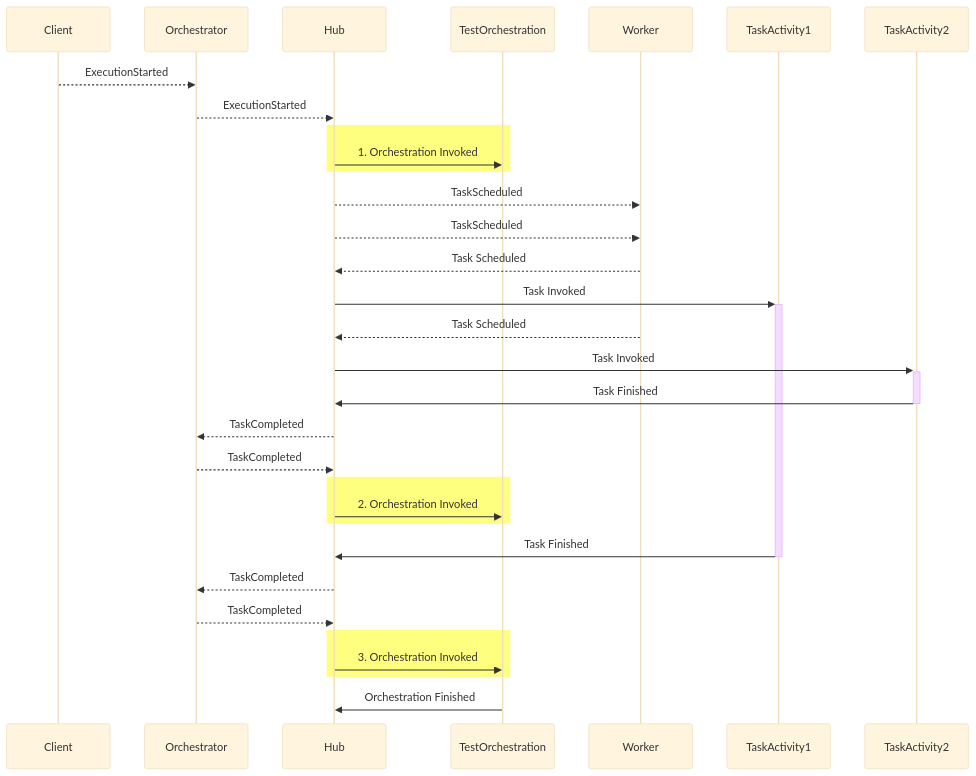
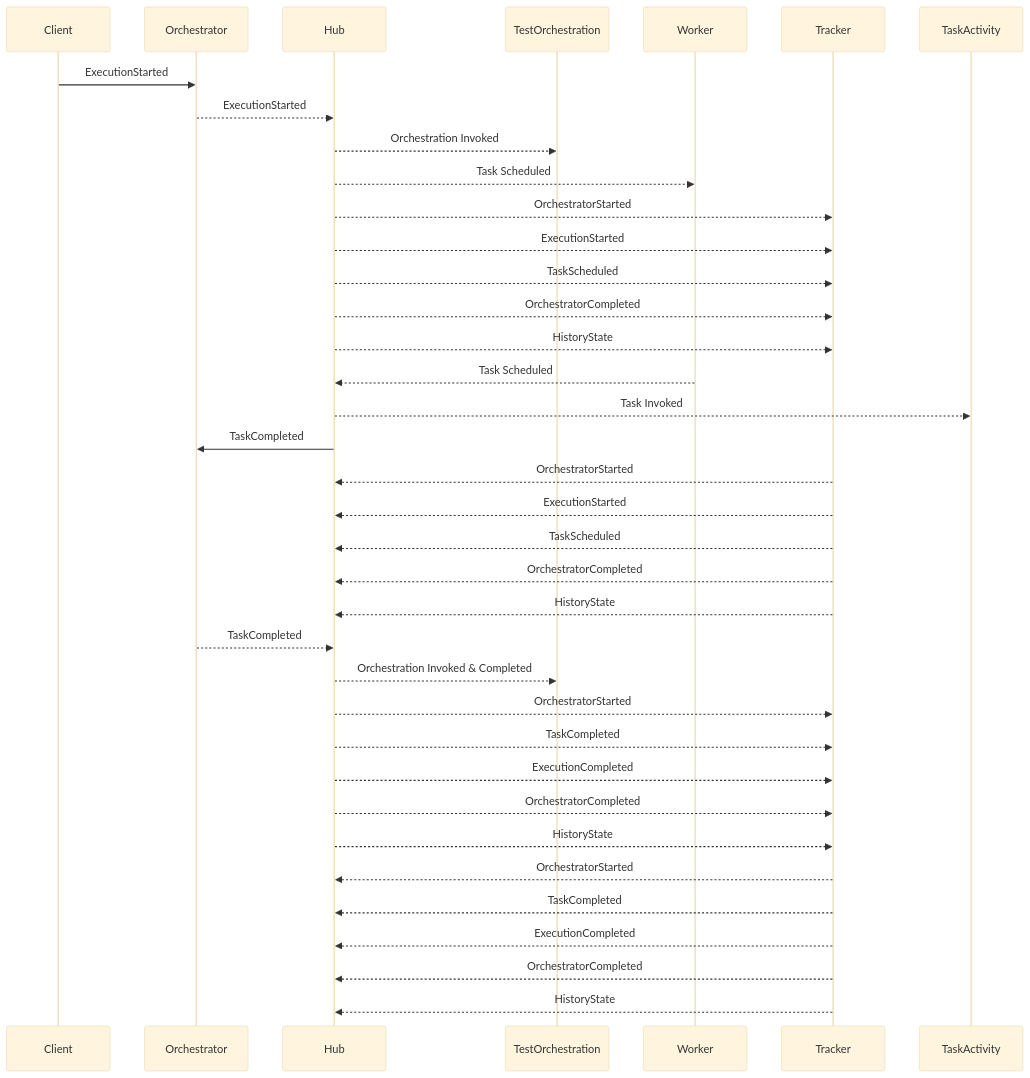
The diagram in content/blog/durable-task-3/index.md (abhikmitra/blog), drawn with Mermaid (base theme) before and after one commit. The commit also changed other lines of this file, not shown here.

````diff
--- a/content/blog/durable-task-3/index.md
+++ b/content/blog/durable-task-3/index.md
@@ -19,27 +16,65 @@
 ```mermaid
+
 sequenceDiagram
-    Client-->>Orchestrator: ExecutionStarted
-    Orchestrator-->>Hub: ExecutionStarted
-    rect rgb(255, 255, 0, 0.5)
-        Hub->>TestOrchestration: 1. Orchestration Invoked
-    end
-    Hub-->>Worker: TaskScheduled
-    Hub-->>Worker: TaskScheduled
-    Worker-->>Hub: Task Scheduled
-    Hub->>+TaskActivity1: Task Invoked 
-    Worker-->>Hub: Task Scheduled
-    Hub->>+TaskActivity2: Task Invoked
-    TaskActivity2->>-Hub: Task Finished
-    Hub-->>Orchestrator: TaskCompleted
-    Orchestrator-->>Hub: TaskCompleted
-    rect rgb(255, 255, 0, 0.5)
-        Hub->>TestOrchestration: 2. Orchestration Invoked
-    end
-    TaskActivity1->>-Hub: Task Finished
-    Hub-->>Orchestrator: TaskCompleted
-    Orchestrator-->>Hub: TaskCompleted
-    rect rgb(255, 255, 0, 0.5)
-        Hub->>TestOrchestration: 3. Orchestration Invoked
-    end
-    TestOrchestration->>Hub: Orchestration Finished
+
+Client->>Orchestrator: ExecutionStarted
+
+Orchestrator-->>Hub: ExecutionStarted
+
+Hub-->>TestOrchestration: Orchestration Invoked
+
+Hub-->>Worker: Task Scheduled
+
+Hub-->>Tracker: OrchestratorStarted
+
+Hub-->>Tracker: ExecutionStarted
+
+Hub-->>Tracker: TaskScheduled
+
+Hub-->>Tracker: OrchestratorCompleted
+
+Hub-->>Tracker: HistoryState
+
+Worker-->>Hub: Task Scheduled
+
+Hub-->>TaskActivity: Task Invoked
+
+Hub->>Orchestrator: TaskCompleted
+
+Tracker-->>Hub: OrchestratorStarted
+
+Tracker-->>Hub: ExecutionStarted
+
+Tracker-->>Hub: TaskScheduled
+
+Tracker-->>Hub: OrchestratorCompleted
+
+Tracker-->>Hub: HistoryState
+
+Orchestrator-->>Hub: TaskCompleted
+
+Hub-->>TestOrchestration: Orchestration Invoked & Completed
+
+Hub-->>Tracker: OrchestratorStarted
+
+Hub-->>Tracker: TaskCompleted
+
+Hub-->>Tracker: ExecutionCompleted
+
+Hub-->>Tracker: OrchestratorCompleted
+
+Hub-->>Tracker: HistoryState
+
+  
+
+Tracker-->>Hub: OrchestratorStarted
+
+Tracker-->>Hub: TaskCompleted
+
+Tracker-->>Hub: ExecutionCompleted
+
+Tracker-->>Hub: OrchestratorCompleted
+
+Tracker-->>Hub: HistoryState
+
 ```
````
